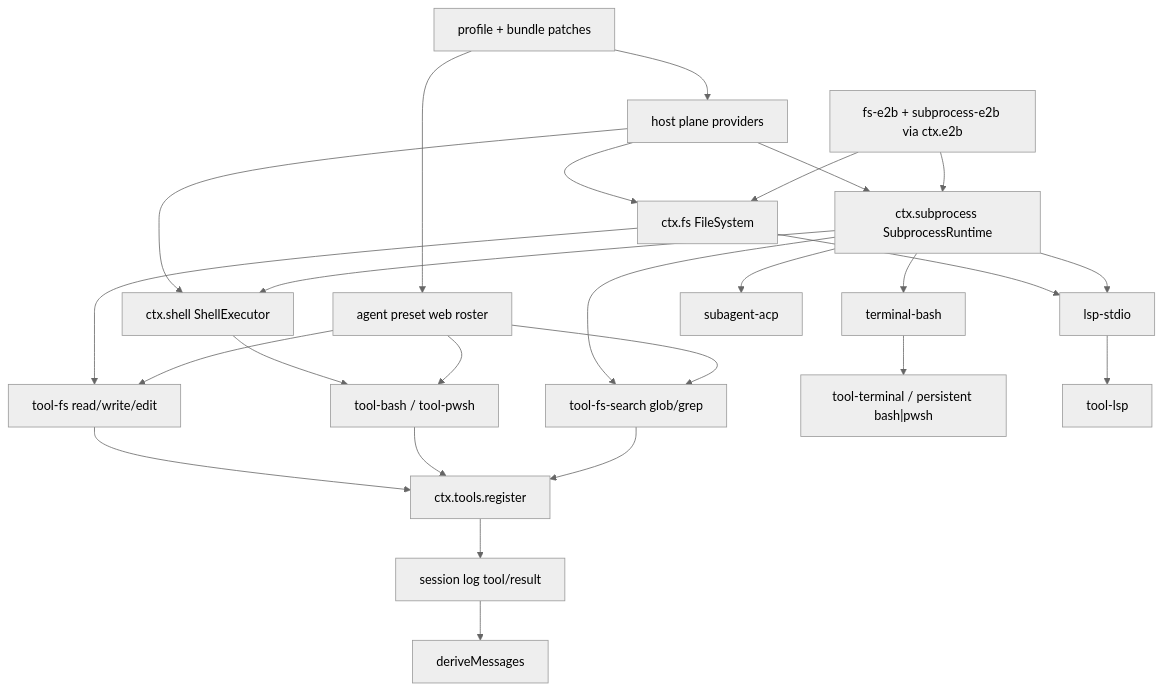
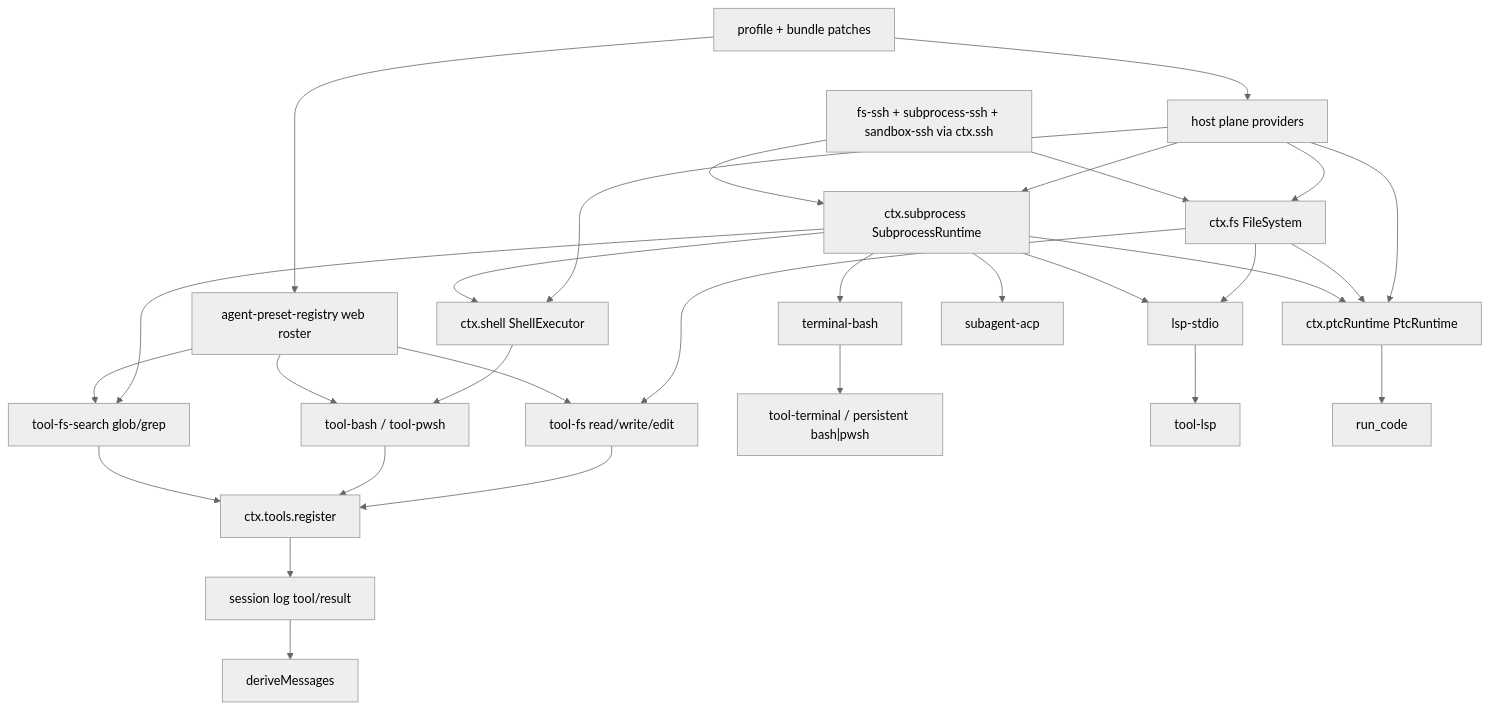
The diagram in docs/llm-wiki/deepseek-harness/spine/capability-seams.md (wdnmdtonyma/SOTA-Agent-LLM-Wiki), drawn with Mermaid (neutral theme) before and after one commit. The commit also changed other lines of this file and 237 other files, not shown here.

````diff
--- a/docs/llm-wiki/deepseek-harness/spine/capability-seams.md
+++ b/docs/llm-wiki/deepseek-harness/spine/capability-seams.md
@@ -74,28 +81,32 @@
 ```mermaid
 flowchart TD
   Profile["profile + bundle patches"] --> Host["host plane providers"]
-  Profile --> Preset["agent preset web roster"]
+  Profile --> Preset["agent-preset-registry web roster"]
   Host --> Fs["ctx.fs FileSystem"]
   Host --> Sub["ctx.subprocess SubprocessRuntime"]
   Host --> Shell["ctx.shell ShellExecutor"]
+  Host --> Ptc["ctx.ptcRuntime PtcRuntime"]
   Sub --> Shell
   Fs --> ToolFs["tool-fs read/write/edit"]
   Fs --> LspStdio["lsp-stdio"]
+  Fs --> Ptc
   Sub --> LspStdio
   Sub --> TermBash["terminal-bash"]
   Sub --> Search["tool-fs-search glob/grep"]
   Sub --> OutOfProc["subagent-acp"]
+  Sub --> Ptc
   Shell --> ToolBash["tool-bash / tool-pwsh"]
   TermBash --> ToolTerm["tool-terminal / persistent bash|pwsh"]
   LspStdio --> ToolLsp["tool-lsp"]
+  Ptc --> RunCode["run_code"]
   Preset --> ToolFs
   Preset --> ToolBash
   Preset --> Search
   ToolFs --> Tools["ctx.tools.register"]
   ToolBash --> Tools
   Search --> Tools
   Tools --> Log["session log tool/result"]
   Log --> Derive["deriveMessages"]
-  Swap["fs-e2b + subprocess-e2b via ctx.e2b"] --> Fs
+  Swap["fs-ssh + subprocess-ssh + sandbox-ssh via ctx.ssh"] --> Fs
   Swap --> Sub
 ```
````
